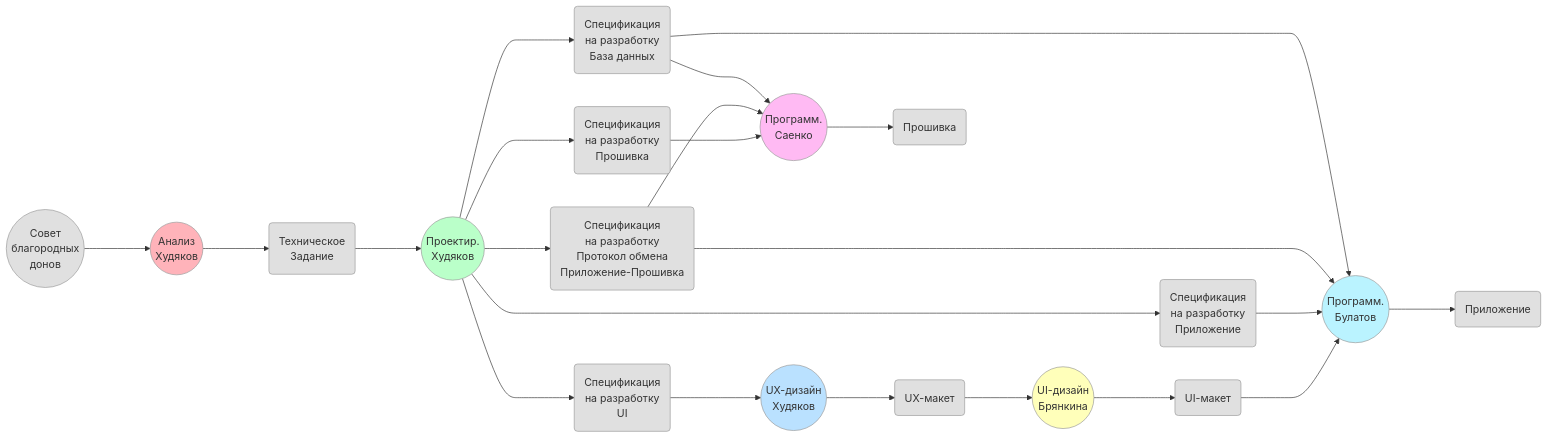
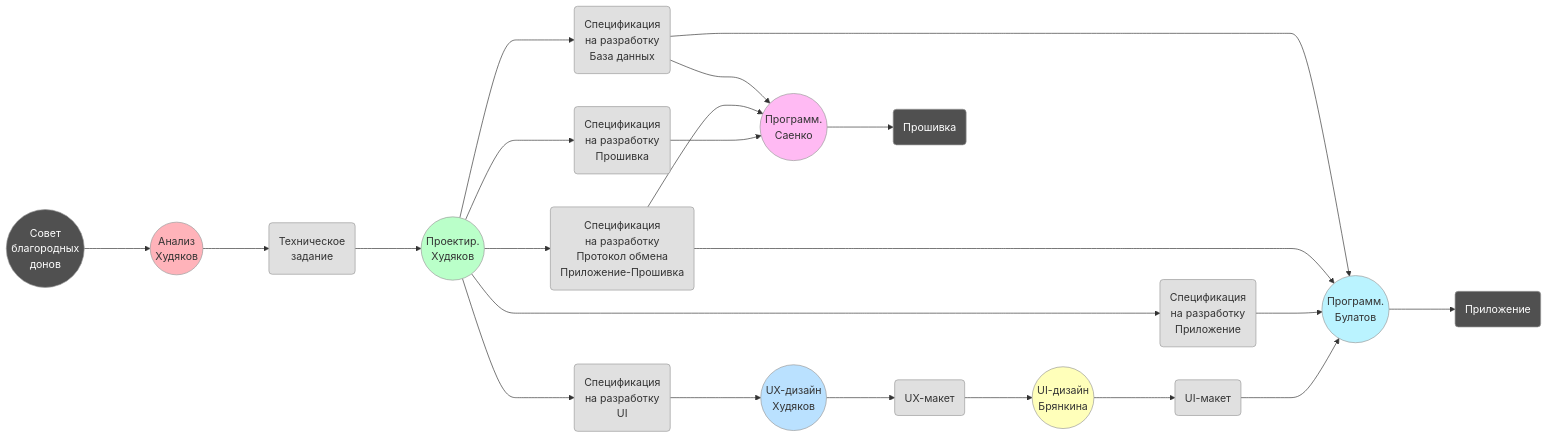
The diagram in Project/process.md (KhudyakovAlex/Synapse), drawn with Mermaid before and after one commit. The commit also changed 2 other files, not shown here.

Commit message:
Add zoom icons, update node colors (dark gray for SBD/FW/APP), fix cursor behavior

````diff
--- a/Project/process.md
+++ b/Project/process.md
@@ -3,75 +3,75 @@
 ```mermaid
 flowchart LR
     SBD((Совет<br>благородных<br>донов))
     
     ANAL((Анализ<br>Худяков))
     
-    PRD(Техническое<br>Задание)
+    PRD(Техническое<br>задание)
     
     PRO((Проектир.<br>Худяков))
     
     DSUI(Спецификация<br>на разработку<br>UI)
     DSAPP(Спецификация<br>на разработку<br>Приложение)
     DSDB(Спецификация<br>на разработку<br>База данных)
     DSP(Спецификация<br>на разработку<br>Протокол обмена<br>Приложение-Прошивка)
     DSFW(Спецификация<br>на разработку<br>Прошивка)
 
     UIUXD((UX-дизайн<br>Худяков))
     UIUX( UX-макет )
     APPD(( Программ.<br>Булатов ))
 
     FWD(( Программ.<br>Саенко ))
 
     UIUID((UI-дизайн<br>Брянкина))
     UIUI( UI-макет )
 
     FW( Прошивка )
     APP( Приложение )
 
     SBD ---> ANAL
     ANAL ---> PRD
     PRD ---> PRO
     PRO ---> DSUI
     PRO ---> DSFW
     PRO ---> DSAPP
     PRO ---> DSP
     PRO ---> DSDB
 
     DSUI ---> UIUXD
     UIUXD ---> UIUX
     UIUX ---> UIUID
     UIUID ---> UIUI
 
     UIUI ---> APPD
     DSAPP ---> APPD
     DSP ---> APPD
     DSDB ---> APPD
 
     DSFW ---> FWD
     DSP ---> FWD
     DSDB ---> FWD
 
     FWD ---> FW
     APPD ---> APP
 
     style ANAL fill:#FFB3BA,stroke:#999
     style PRO fill:#BAFFC9,stroke:#999
     style UIUXD fill:#BAE1FF,stroke:#999
     style UIUID fill:#FFFFBA,stroke:#999
     style APPD fill:#BAF3FF,stroke:#999
     style FWD fill:#FFBAF3,stroke:#999
     
-    style SBD fill:#E0E0E0,stroke:#999
+    style SBD fill:#505050,stroke:#999,color:#fff
     style PRD fill:#E0E0E0,stroke:#999
     style DSUI fill:#E0E0E0,stroke:#999
     style DSAPP fill:#E0E0E0,stroke:#999
     style DSDB fill:#E0E0E0,stroke:#999
     style DSP fill:#E0E0E0,stroke:#999
     style DSFW fill:#E0E0E0,stroke:#999
     style UIUX fill:#E0E0E0,stroke:#999
     style UIUI fill:#E0E0E0,stroke:#999
-    style FW fill:#E0E0E0,stroke:#999
-    style APP fill:#E0E0E0,stroke:#999
+    style FW fill:#505050,stroke:#999,color:#fff
+    style APP fill:#505050,stroke:#999,color:#fff
 
     click PRD "https://khudyakovalex.github.io/Synapse/INDEX/PRD/SynapsePRD.html"
 ```
````
